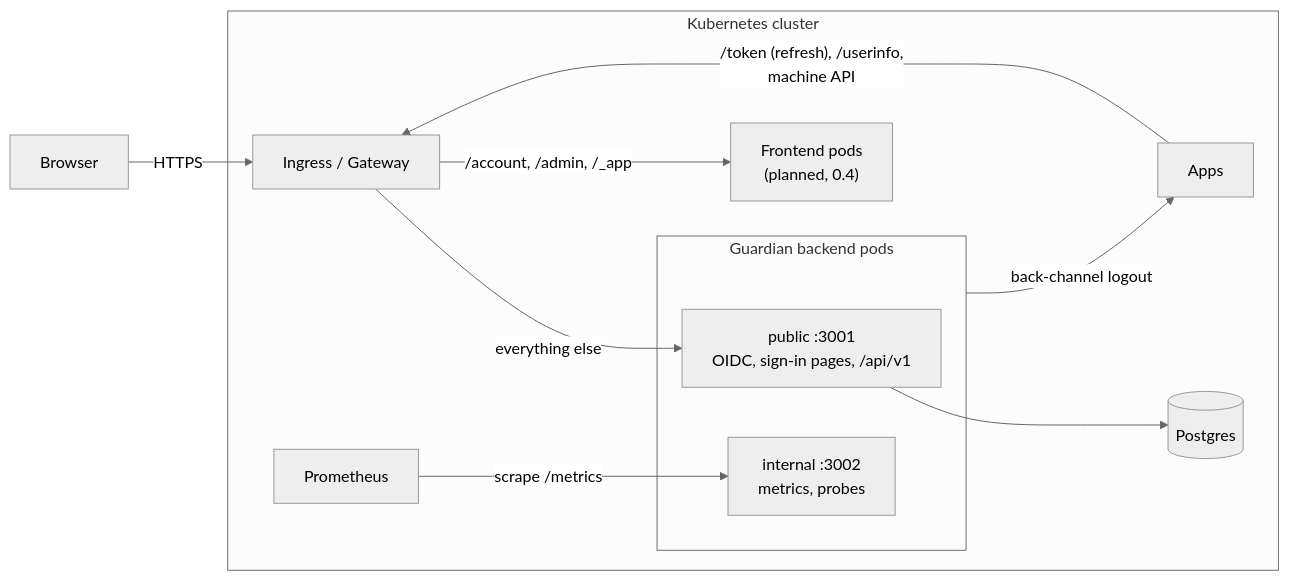
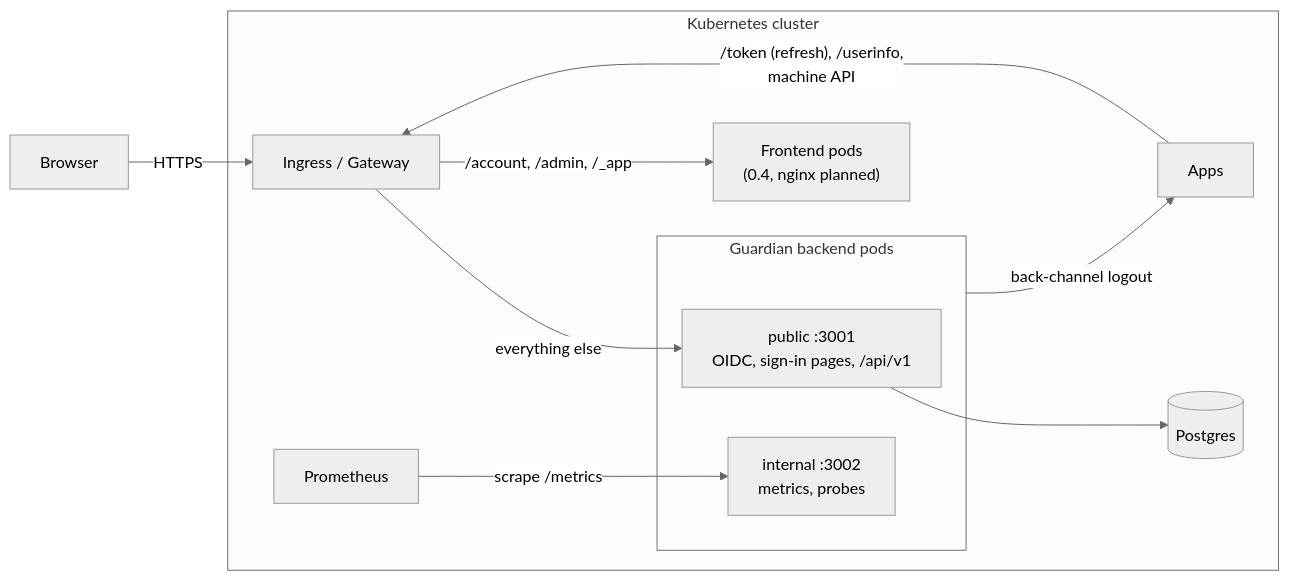
One commit to Krysset/Guardian changed the first of 4 diagrams in docs/ARCHITECTURE.md. Above: the diagram before and after it, drawn with Mermaid (neutral theme). The commit also changed other lines of this file and 39 other files, not shown here.

````diff
--- a/docs/ARCHITECTURE.md
+++ b/docs/ARCHITECTURE.md
@@ -66,16 +68,16 @@
 ```mermaid
 flowchart LR
   B[Browser] -->|HTTPS| I[Ingress / Gateway]
   subgraph K[Kubernetes cluster]
-    I -->|/account, /admin, /_app| F["Frontend pods<br/>(planned, 0.4)"]
+    I -->|/account, /admin, /_app| F["Frontend pods<br/>(0.4, nginx planned)"]
     I -->|everything else| P
     subgraph G[Guardian backend pods]
       P["public :3001<br/>OIDC, sign-in pages, /api/v1"]
       N["internal :3002<br/>metrics, probes"]
     end
     A[Apps] -->|"/token (refresh), /userinfo,<br/>machine API"| I
     G -->|back-channel logout| A
     M[Prometheus] -->|scrape /metrics| N
     P --> D[(Postgres)]
   end
 ```
````
